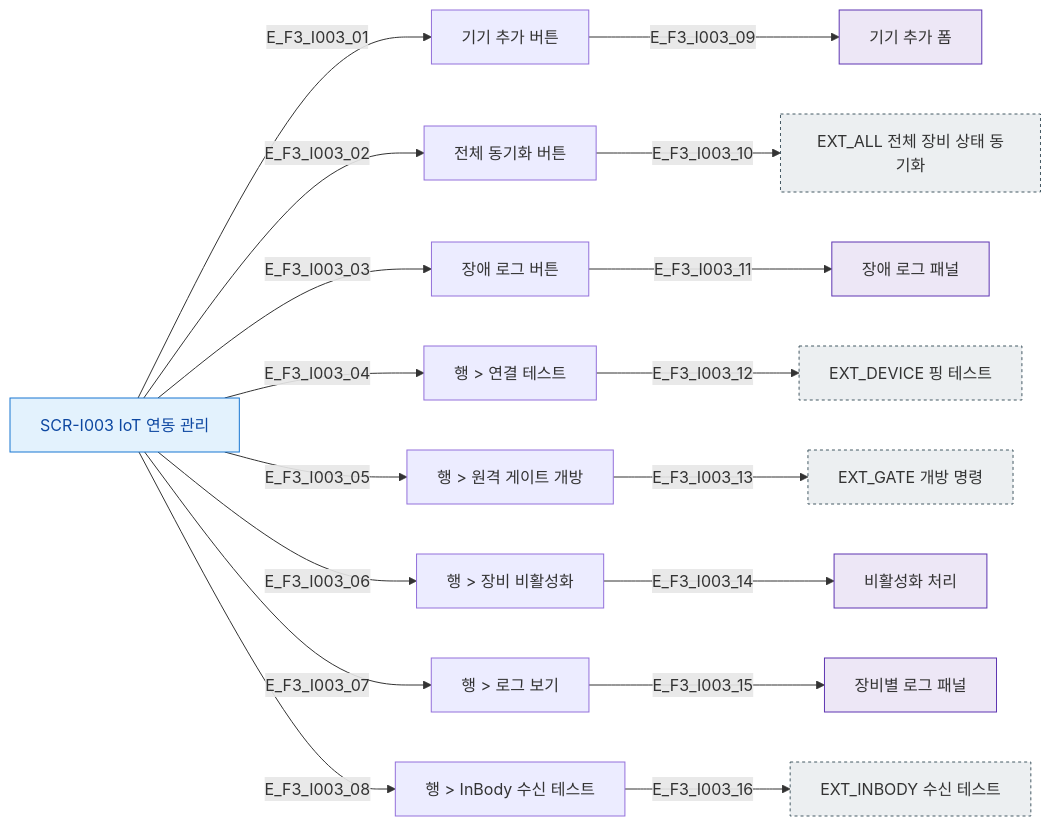
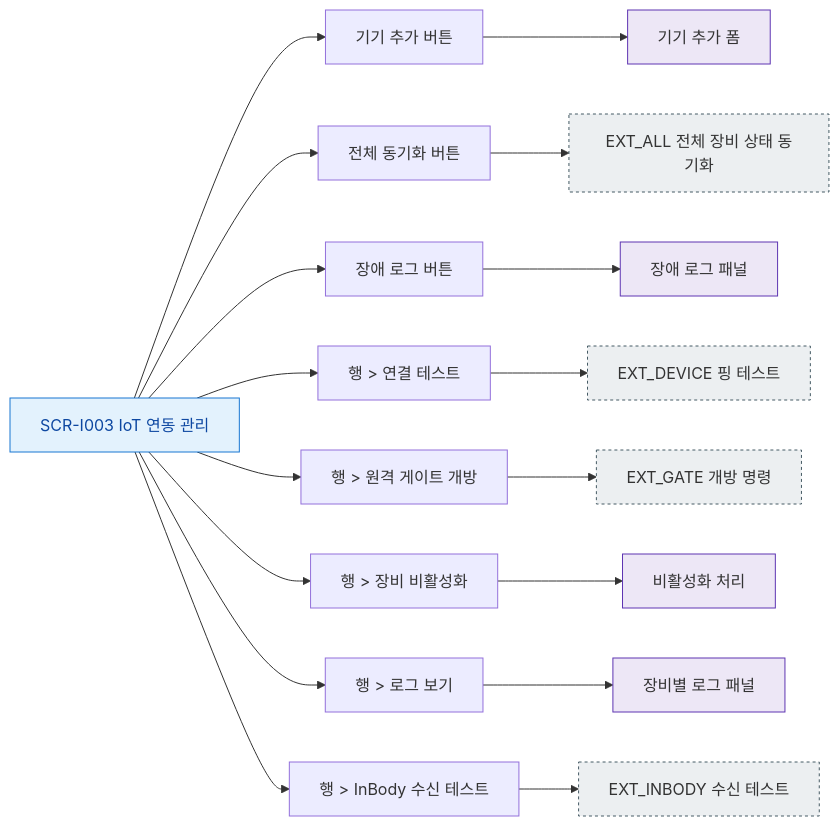
Before and after one commit to dev-spogym/admin-pando: the diagram in docs/다이어그램/D11_통합운영/SCR-I003_IoT연동관리/F3_버튼액션.md, drawn with Mermaid. The commit also changed other lines of this file and 1660 other files, not shown here.

First line of the commit message:
다이어그램: 기획자/클라이언트 납품본으로 정리

````diff
--- a/docs/다이어그램/D11_통합운영/SCR-I003_IoT연동관리/F3_버튼액션.md
+++ b/docs/다이어그램/D11_통합운영/SCR-I003_IoT연동관리/F3_버튼액션.md
@@ -16,29 +14,29 @@
 ```mermaid
 flowchart LR
     SCR_I003[SCR-I003 IoT 연동 관리]
 
-    SCR_I003 -->|E_F3_I003_01| BTN_ADD[기기 추가 버튼]
-    SCR_I003 -->|E_F3_I003_02| BTN_SYNC[전체 동기화 버튼]
-    SCR_I003 -->|E_F3_I003_03| BTN_FAULT[장애 로그 버튼]
-    SCR_I003 -->|E_F3_I003_04| ROW_TEST[행 > 연결 테스트]
-    SCR_I003 -->|E_F3_I003_05| ROW_GATE[행 > 원격 게이트 개방]
-    SCR_I003 -->|E_F3_I003_06| ROW_DEACT[행 > 장비 비활성화]
-    SCR_I003 -->|E_F3_I003_07| ROW_LOG[행 > 로그 보기]
-    SCR_I003 -->|E_F3_I003_08| ROW_INBODY[행 > InBody 수신 테스트]
+    SCR_I003 --> BTN_ADD[기기 추가 버튼]
+    SCR_I003 --> BTN_SYNC[전체 동기화 버튼]
+    SCR_I003 --> BTN_FAULT[장애 로그 버튼]
+    SCR_I003 --> ROW_TEST[행 > 연결 테스트]
+    SCR_I003 --> ROW_GATE[행 > 원격 게이트 개방]
+    SCR_I003 --> ROW_DEACT[행 > 장비 비활성화]
+    SCR_I003 --> ROW_LOG[행 > 로그 보기]
+    SCR_I003 --> ROW_INBODY[행 > InBody 수신 테스트]
 
-    BTN_ADD -->|E_F3_I003_09| FORM_ADD[기기 추가 폼]
-    BTN_SYNC -->|E_F3_I003_10| SYNC_ALL[EXT_ALL 전체 장비 상태 동기화]
-    BTN_FAULT -->|E_F3_I003_11| FAULT_PANEL[장애 로그 패널]
-    ROW_TEST -->|E_F3_I003_12| EXT_DEVICE[EXT_DEVICE 핑 테스트]
-    ROW_GATE -->|E_F3_I003_13| EXT_GATE[EXT_GATE 개방 명령]
-    ROW_DEACT -->|E_F3_I003_14| DEACT_PROC[비활성화 처리]
-    ROW_LOG -->|E_F3_I003_15| LOG_PANEL[장비별 로그 패널]
-    ROW_INBODY -->|E_F3_I003_16| EXT_INBODY[EXT_INBODY 수신 테스트]
+    BTN_ADD --> FORM_ADD[기기 추가 폼]
+    BTN_SYNC --> SYNC_ALL[EXT_ALL 전체 장비 상태 동기화]
+    BTN_FAULT --> FAULT_PANEL[장애 로그 패널]
+    ROW_TEST --> EXT_DEVICE[EXT_DEVICE 핑 테스트]
+    ROW_GATE --> EXT_GATE[EXT_GATE 개방 명령]
+    ROW_DEACT --> DEACT_PROC[비활성화 처리]
+    ROW_LOG --> LOG_PANEL[장비별 로그 패널]
+    ROW_INBODY --> EXT_INBODY[EXT_INBODY 수신 테스트]
 
-    classDef screen       fill:#E3F2FD,stroke:#1976D2,color:#0D47A1
-    classDef external     fill:#ECEFF1,stroke:#455A64,stroke-dasharray:3 3
-    classDef system       fill:#EDE7F6,stroke:#5E35B2
+    classDef screen fill:#E3F2FD,stroke:#1976D2,color:#0D47A1
+    classDef external fill:#ECEFF1,stroke:#455A64,stroke-dasharray:3 3
+    classDef system fill:#EDE7F6,stroke:#5E35B2
     class SCR_I003 screen
     class EXT_DEVICE,EXT_GATE,EXT_INBODY,SYNC_ALL external
     class FORM_ADD,DEACT_PROC,FAULT_PANEL,LOG_PANEL system
 ```
````
